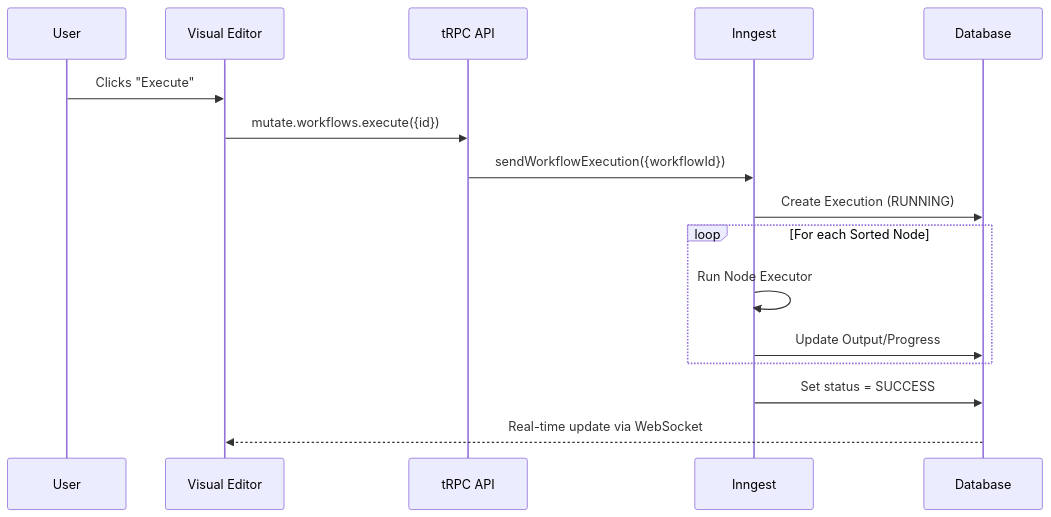
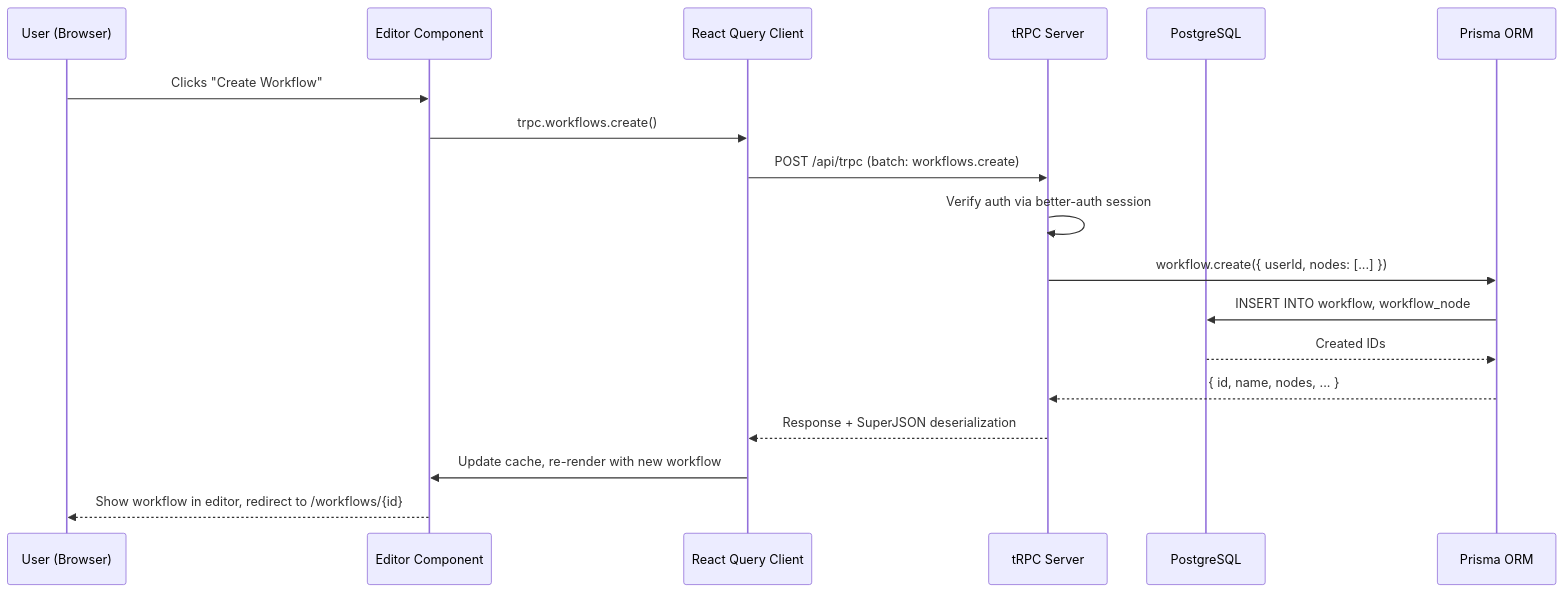
The third of 10 diagrams in README.md (Nemathullahkhan/Zerak), drawn with Mermaid before and after one commit. The commit also changed other lines of this file, not shown here.

````diff
--- a/README.md
+++ b/README.md
@@ -85,19 +225,21 @@
 ```mermaid
 sequenceDiagram
-  participant U as User
-  participant E as Visual Editor
-  participant T as tRPC API
-  participant I as Inngest
-  participant DB as Database
+    participant U as User (Browser)
+    participant UI as Editor Component
+    participant RC as React Query Client
+    participant tRPC as tRPC Server
+    participant DB as PostgreSQL
+    participant Prisma as Prisma ORM
 
-  U->>E: Clicks "Execute"
-  E->>T: mutate.workflows.execute({id})
-  T->>I: sendWorkflowExecution({workflowId})
-  I->>DB: Create Execution (RUNNING)
-  loop For each Sorted Node
-    I->>I: Run Node Executor
-    I->>DB: Update Output/Progress
-  end
-  I->>DB: Set status = SUCCESS
-  DB-->>E: Real-time update via WebSocket
+    U->>UI: Clicks "Create Workflow"
+    UI->>RC: trpc.workflows.create()
+    RC->>tRPC: POST /api/trpc (batch: workflows.create)
+    tRPC->>tRPC: Verify auth via better-auth session
+    tRPC->>Prisma: workflow.create({ userId, nodes: [...] })
+    Prisma->>DB: INSERT INTO workflow, workflow_node
+    DB-->>Prisma: Created IDs
+    Prisma-->>tRPC: { id, name, nodes, ... }
+    tRPC-->>RC: Response + SuperJSON deserialization
+    RC->>UI: Update cache, re-render with new workflow
+    UI-->>U: Show workflow in editor, redirect to /workflows/{id}
 ```
````
